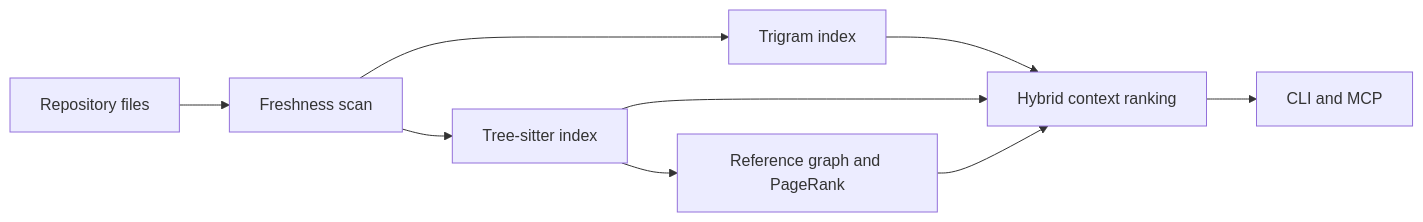
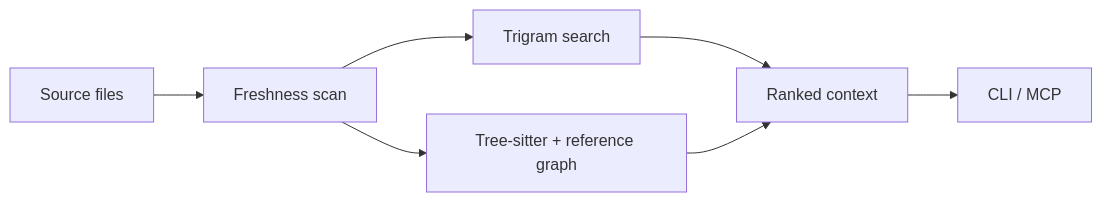
The diagram in README.md (felipetruman/codeintel), drawn with Mermaid before and after one commit. The commit also changed other lines of this file and 1 other file, not shown here.

````diff
--- a/README.md
+++ b/README.md
@@ -63,11 +94,9 @@
-~~~mermaid
+```mermaid
 flowchart LR
-    Source[Repository files] --> Fresh[Freshness scan]
-    Fresh --> Lexical[Trigram index]
-    Fresh --> Structural[Tree-sitter index]
-    Structural --> Graph[Reference graph and PageRank]
-    Lexical --> Context[Hybrid context ranking]
-    Structural --> Context
-    Graph --> Context
-    Context --> Interfaces[CLI and MCP]
-~~~
+    Files[Source files] --> Scan[Freshness scan]
+    Scan --> Lexical[Trigram search]
+    Scan --> Structure[Tree-sitter + reference graph]
+    Lexical --> Context[Ranked context]
+    Structure --> Context
+    Context --> Agent[CLI / MCP]
+```
````
